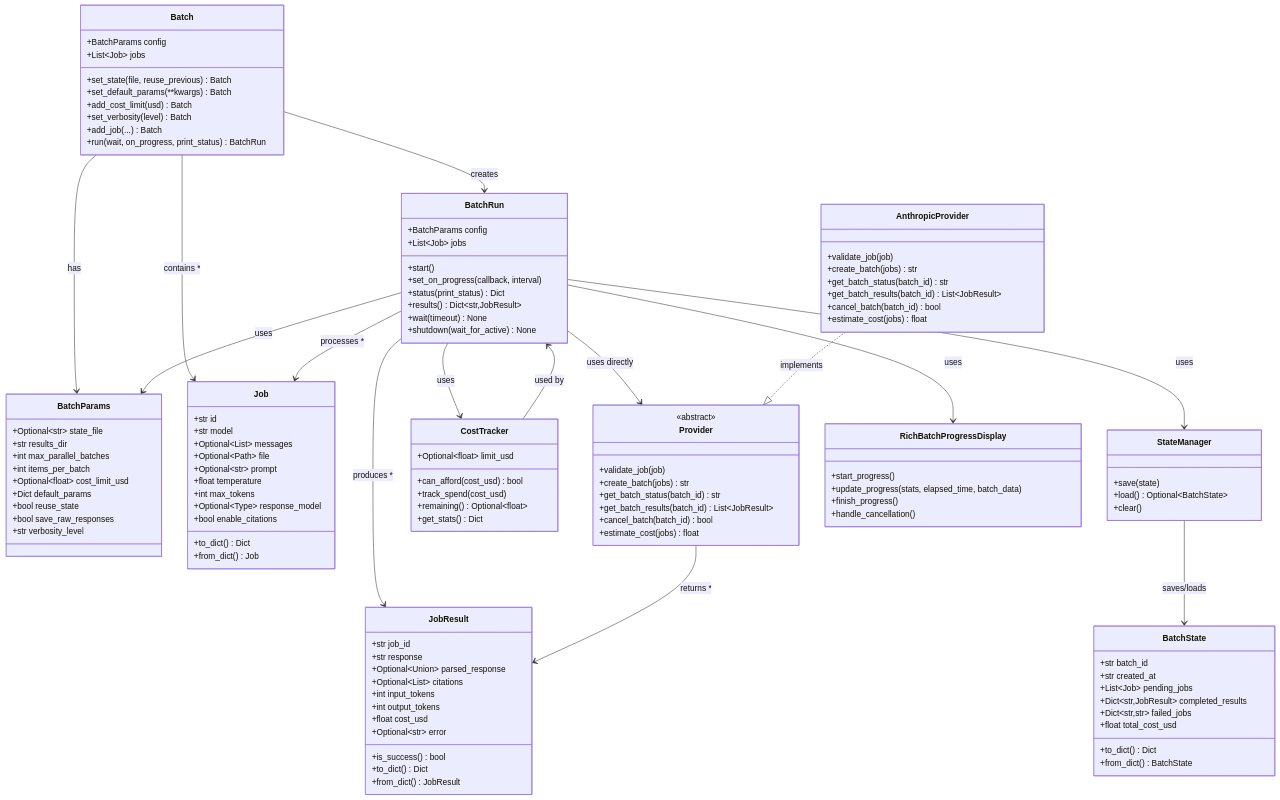
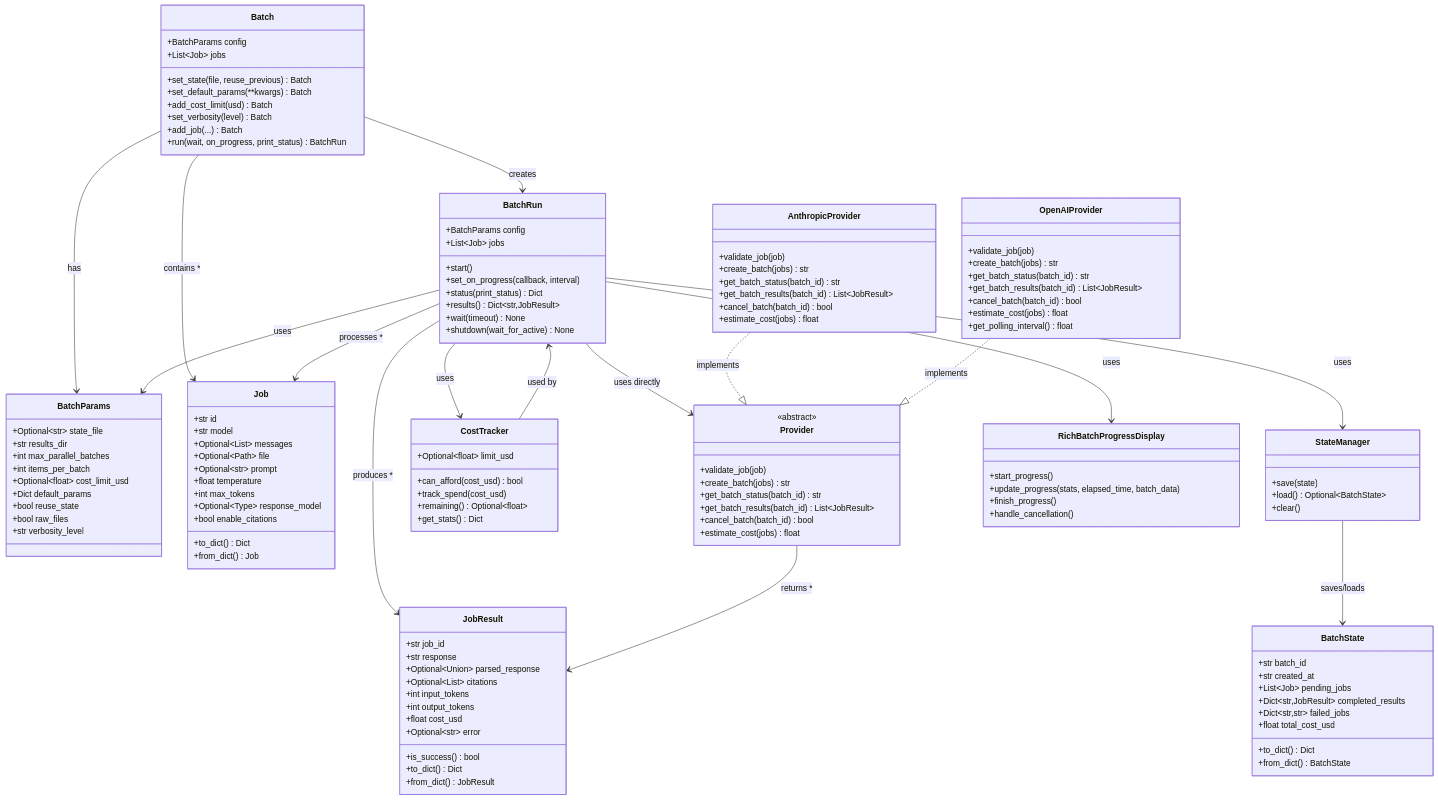
Before and after one commit to agamm/batchata: the diagram in development.md, drawn with Mermaid. The commit also changed other lines of this file and 29 other files, not shown here.

```diff
--- a/development.md
+++ b/development.md
@@ -23,7 +23,7 @@
         +Optional~float~ cost_limit_usd
         +Dict default_params
         +bool reuse_state
-        +bool save_raw_responses
+        +bool raw_files
         +str verbosity_level
     }
     
@@ -85,6 +85,16 @@
         +estimate_cost(jobs) float
     }
     
+    class OpenAIProvider {
+        +validate_job(job)
+        +create_batch(jobs) str
+        +get_batch_status(batch_id) str
+        +get_batch_results(batch_id) List~JobResult~
+        +cancel_batch(batch_id) bool
+        +estimate_cost(jobs) float
+        +get_polling_interval() float
+    }
+    
     class CostTracker {
         +Optional~float~ limit_usd
         +can_afford(cost_usd) bool
@@ -130,6 +140,7 @@
     BatchRun --> JobResult : produces *
     
     AnthropicProvider ..|> Provider : implements
+    OpenAIProvider ..|> Provider : implements
     
     Provider --> JobResult : returns *
     
```
